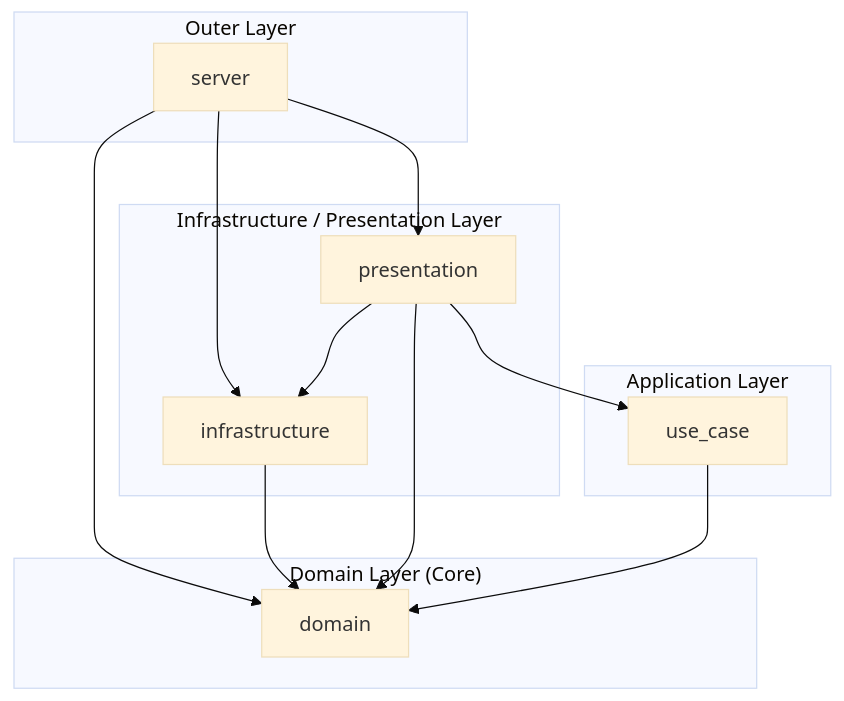
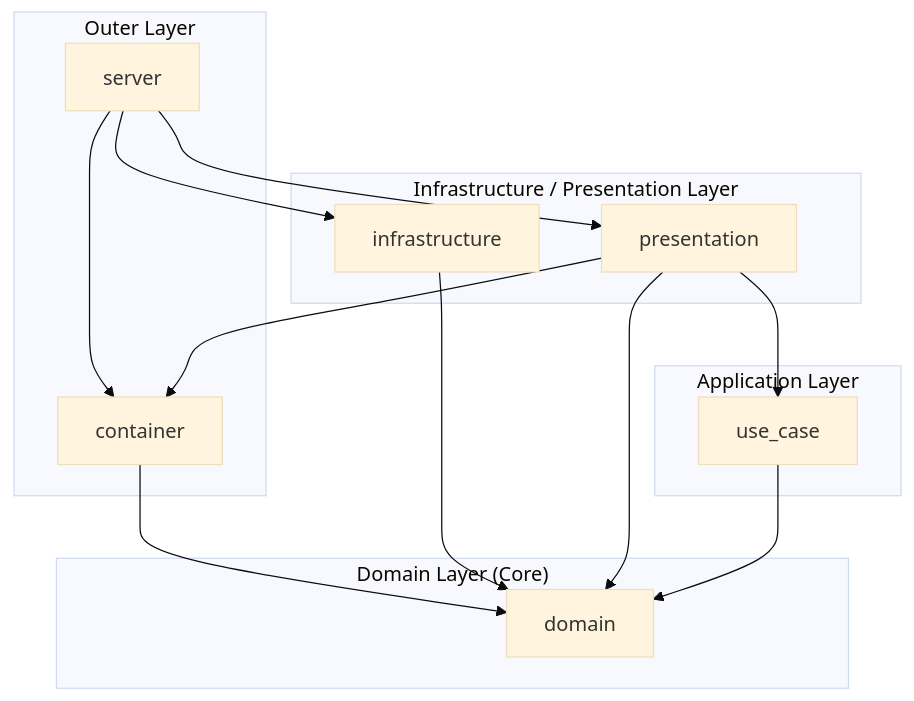
Before and after one commit to 23prime/actix-onion-template: the diagram in README.md, drawn with Mermaid (base theme). The commit also changed other lines of this file, not shown here.

Commit message:
docs: Update architecture diagram and crate table to reflect container crate

````diff
--- a/README.md
+++ b/README.md
@@ -9,25 +9,27 @@
 ```mermaid
 graph TB
     subgraph outer["Outer Layer"]
         server
+        container
     end
     subgraph middle["Infrastructure / Presentation Layer"]
         infrastructure
         presentation
     end
     subgraph app["Application Layer"]
         use_case
     end
     subgraph core["Domain Layer (Core)"]
         domain
     end
 
+    server --> container
     server --> infrastructure
     server --> presentation
-    server --> domain
+    container --> domain
     infrastructure --> domain
-    presentation --> infrastructure
+    presentation --> container
     presentation --> use_case
     presentation --> domain
     use_case --> domain
 ```
````
